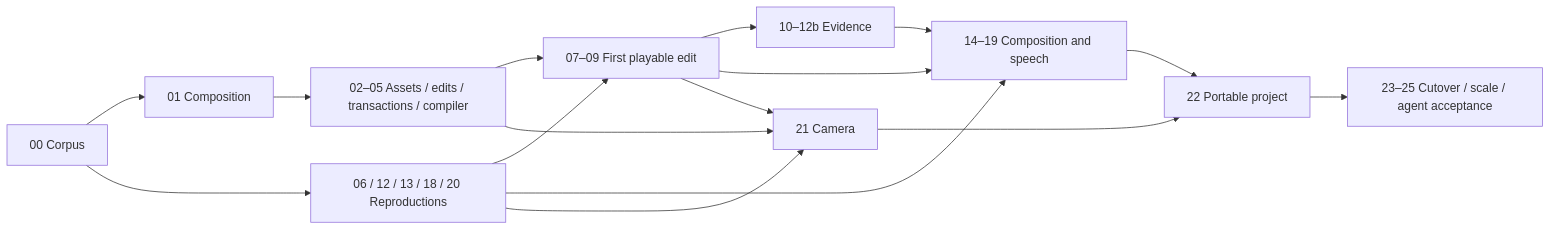
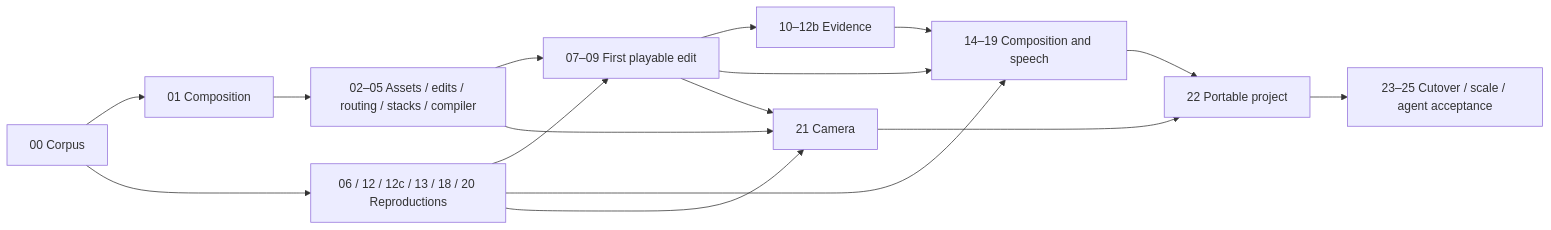
The diagram in specs/agent-editing/README.md (dzhng/screen-recorder), drawn with Mermaid before and after one commit. The commit also changed other lines of this file and 28 other files, not shown here.

````diff
--- a/specs/agent-editing/README.md
+++ b/specs/agent-editing/README.md
@@ -128,18 +134,18 @@
 ```mermaid
 flowchart LR
   Corpus[00 Corpus] --> Model[01 Composition]
-  Model --> Core[02–05 Assets / edits / transactions / compiler]
-  Corpus --> Research[06 / 12 / 13 / 18 / 20 Reproductions]
+  Model --> Core[02–05 Assets / edits / routing / stacks / compiler]
+  Corpus --> Research[06 / 12 / 12c / 13 / 18 / 20 Reproductions]
   Core --> First[07–09 First playable edit]
   Research --> First
   First --> Evidence[10–12b Evidence]
   First --> Editing[14–19 Composition and speech]
   Evidence --> Editing
   Research --> Editing
   Core --> Camera[21 Camera]
   First --> Camera
   Research --> Camera
   Editing --> Package[22 Portable project]
   Camera --> Package
   Package --> Closeout[23–25 Cutover / scale / agent acceptance]
 ```
````
